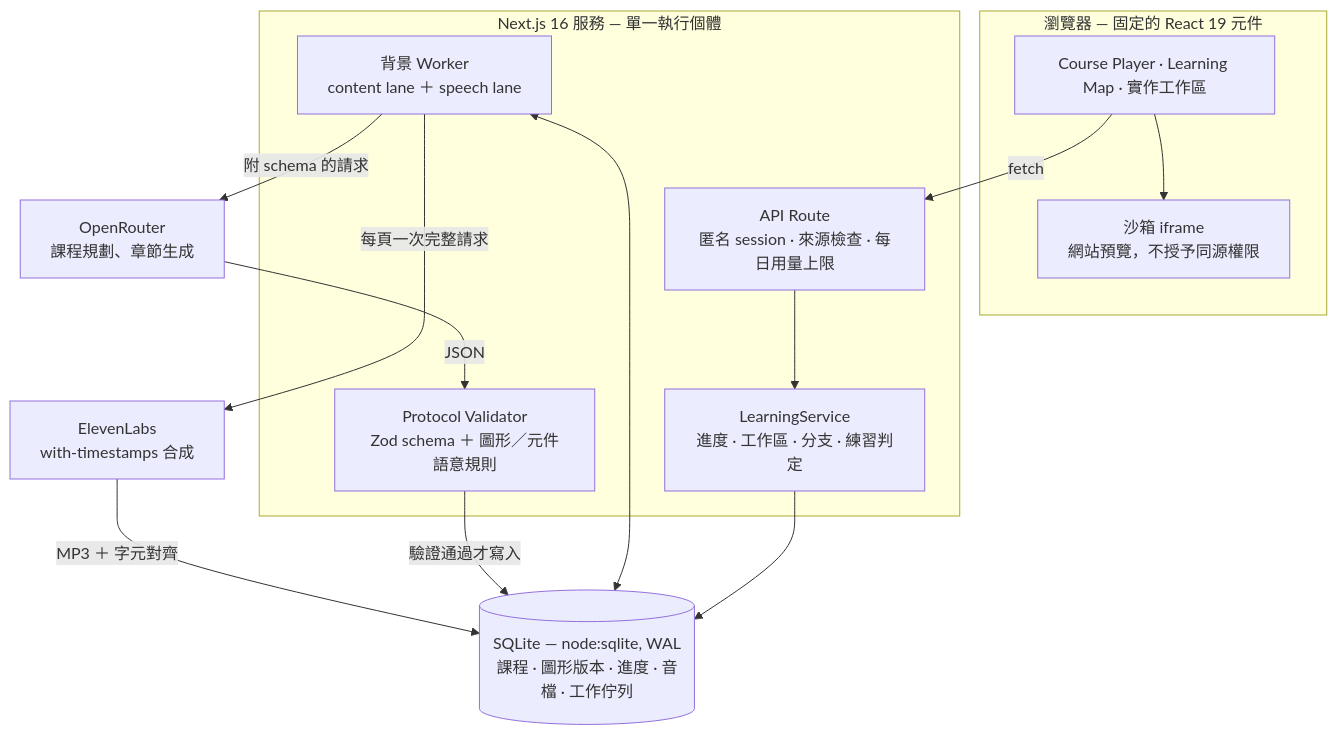
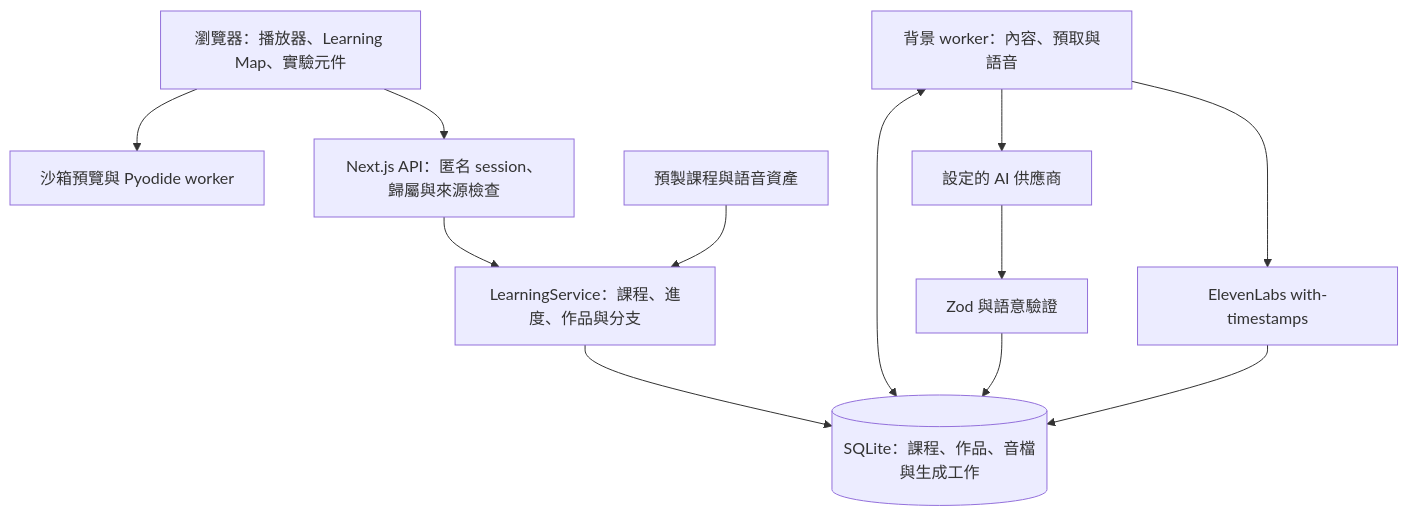
One commit to Jack-hehe/methelia changed the diagram in README.zh-TW.md. Above: the diagram before and after it, drawn with Mermaid. The commit also changed other lines of this file and 1 other file, not shown here.

Commit message:
docs: align bilingual README with public learning platform

````diff
--- a/README.zh-TW.md
+++ b/README.zh-TW.md
@@ -34,27 +45,19 @@
 ```mermaid
 flowchart TB
-    subgraph browser["瀏覽器 — 固定的 React 19 元件"]
-        player["Course Player · Learning Map · 實作工作區"]
-        sandbox["沙箱 iframe<br/>網站預覽，不授予同源權限"]
-    end
-
-    subgraph service["Next.js 16 服務 — 單一執行個體"]
-        api["API Route<br/>匿名 session · 來源檢查 · 每日用量上限"]
-        core["LearningService<br/>進度 · 工作區 · 分支 · 練習判定"]
-        validator["Protocol Validator<br/>Zod schema ＋ 圖形／元件語意規則"]
-        worker["背景 Worker<br/>content lane ＋ speech lane"]
-    end
-
-    db[("SQLite — node:sqlite, WAL<br/>課程 · 圖形版本 · 進度 · 音檔 · 工作佇列")]
-    llm["OpenRouter<br/>課程規劃、章節生成"]
-    tts["ElevenLabs<br/>with-timestamps 合成"]
-
-    player -->|fetch| api --> core --> db
-    player --> sandbox
+    learner["瀏覽器：播放器、Learning Map、實驗元件"]
+    runtime["沙箱預覽與 Pyodide worker"]
+    api["Next.js API：匿名 session、歸屬與來源檢查"]
+    service["LearningService：課程、進度、作品與分支"]
+    catalog["預製課程與語音資產"]
+    db[("SQLite：課程、作品、音檔與生成工作")]
+    worker["背景 worker：內容、預取與語音"]
+    model["設定的 AI 供應商"]
+    validator["Zod 與語意驗證"]
+    speech["ElevenLabs with-timestamps"]
+    learner --> api --> service --> db
+    learner --> runtime
+    catalog --> service
     worker <--> db
-    worker -->|附 schema 的請求| llm
-    llm -->|JSON| validator
-    validator -->|驗證通過才寫入| db
-    worker -->|每頁一次完整請求| tts
-    tts -->|MP3 ＋ 字元對齊| db
+    worker --> model --> validator --> db
+    worker --> speech --> db
 ```
````
